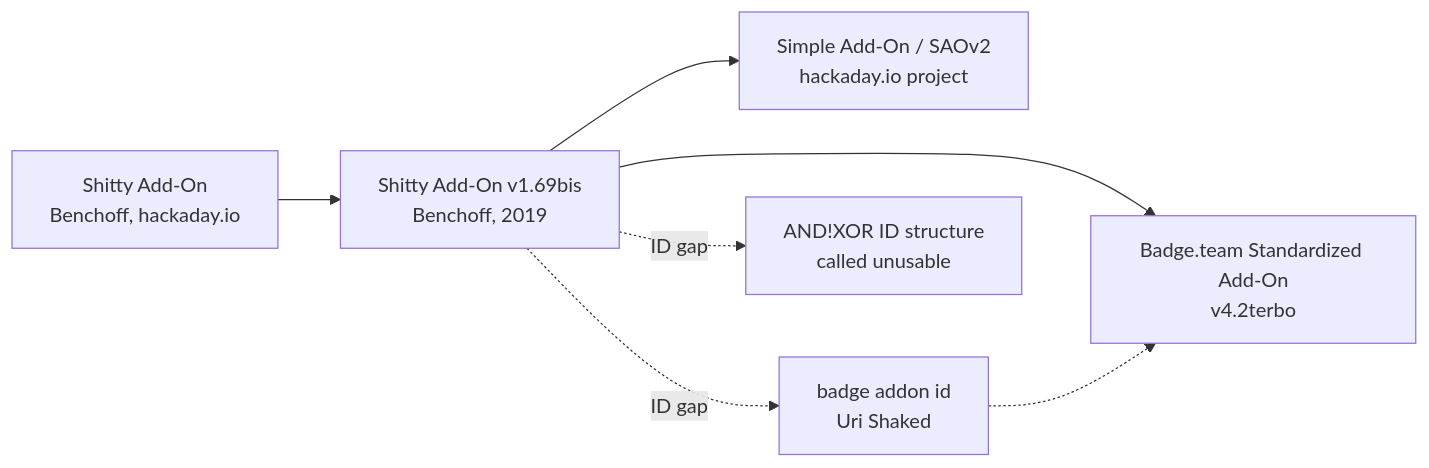
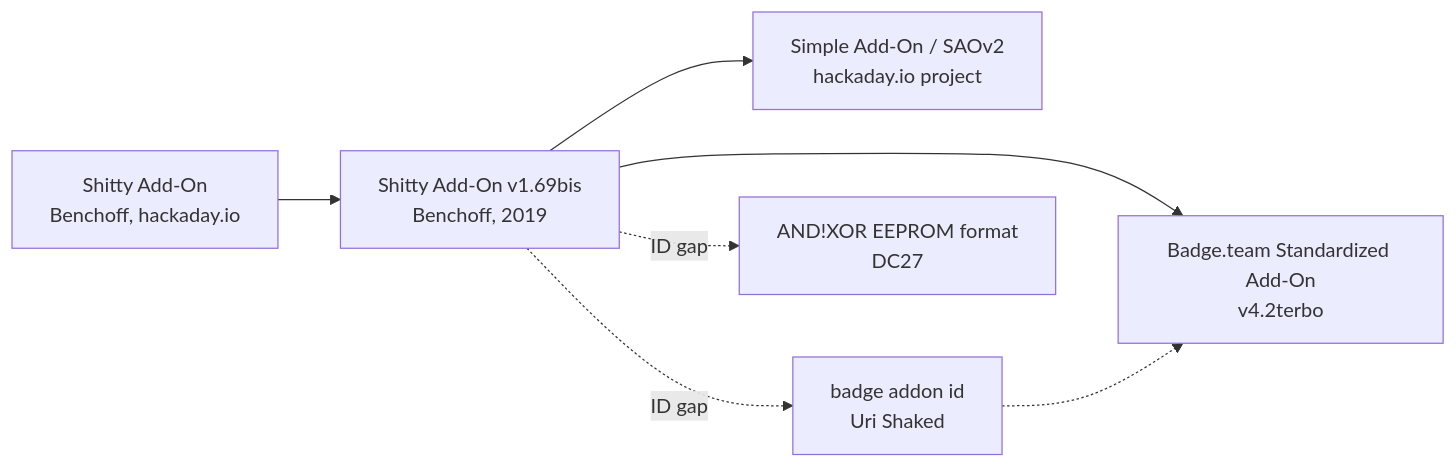
One commit to ParkWardRR/sao-lab changed the diagram in research/specs/README.md. Above: the diagram before and after it, drawn with Mermaid. The commit also changed other lines of this file and 10 other files, not shown here.

````diff
--- a/research/specs/README.md
+++ b/research/specs/README.md
@@ -10,9 +15,9 @@
 ```mermaid
 flowchart LR
     A[Shitty Add-On<br/>Benchoff, hackaday.io] --> B[Shitty Add-On v1.69bis<br/>Benchoff, 2019]
     B --> C[Simple Add-On / SAOv2<br/>hackaday.io project]
     B -. ID gap .-> D[badge addon id<br/>Uri Shaked]
-    B -. ID gap .-> E[AND!XOR ID structure<br/>called unusable]
+    B -. ID gap .-> E[AND!XOR EEPROM format<br/>DC27]
     B --> F[Badge.team Standardized Add-On<br/>v4.2terbo]
     D -.-> F
 ```
````
